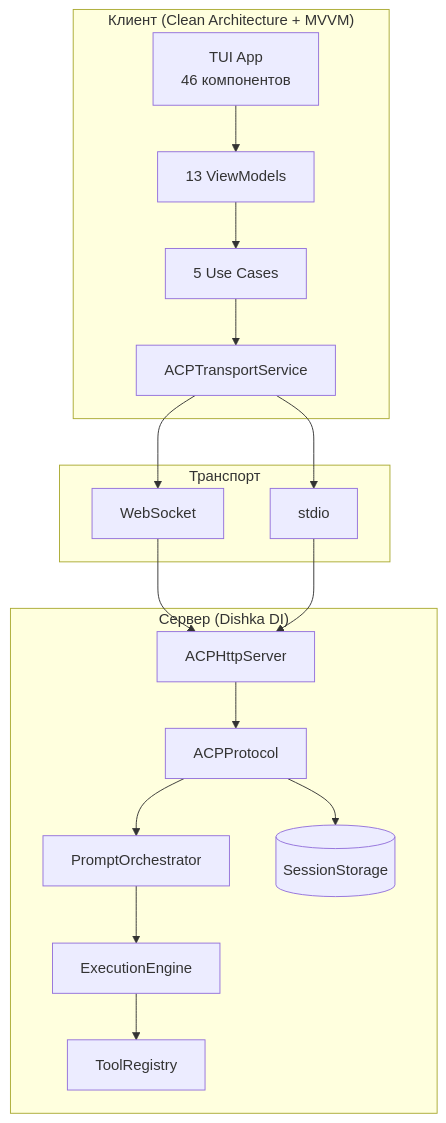
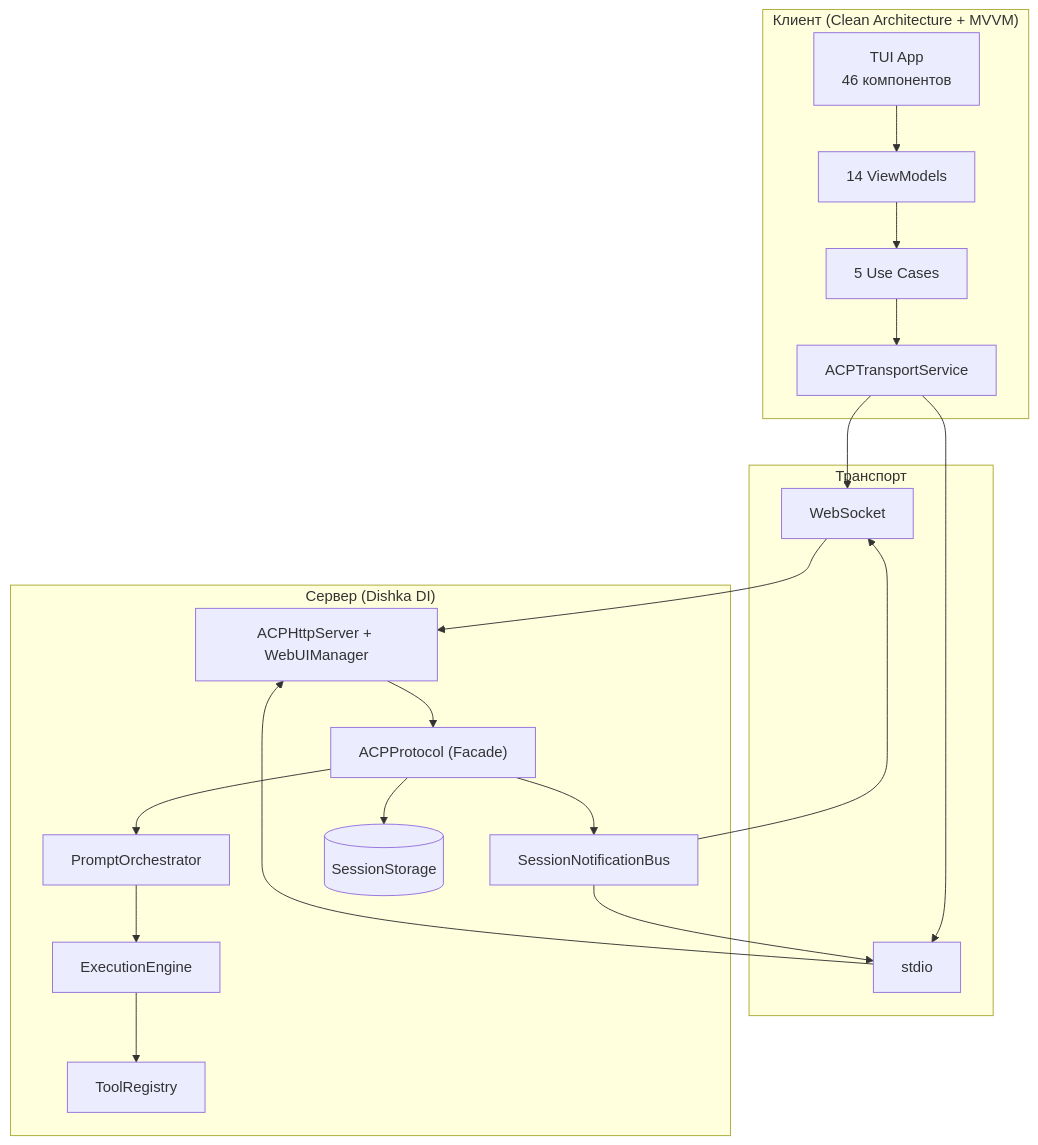
One commit to pese-git/codelab-agent changed the first of 6 diagrams in doc/product/developer-guide/architecture.md. Above: the diagram before and after it, drawn with Mermaid. The commit also changed other lines of this file and 7 other files, not shown here.

````diff
--- a/doc/product/developer-guide/architecture.md
+++ b/doc/product/developer-guide/architecture.md
@@ -9,29 +9,32 @@
 ```mermaid
 graph TB
     subgraph Client["Клиент (Clean Architecture + MVVM)"]
         TUI["TUI App<br/>46 компонентов"]
-        VM[13 ViewModels]
+        VM[14 ViewModels]
         UC[5 Use Cases]
         TS[ACPTransportService]
     end
     
     subgraph Transport["Транспорт"]
         WS[WebSocket]
         STDIO[stdio]
     end
     
     subgraph Server["Сервер (Dishka DI)"]
-        HTTP[ACPHttpServer]
-        AP[ACPProtocol]
+        HTTP[ACPHttpServer + WebUIManager]
+        AP["ACPProtocol (Facade)"]
+        NotifBus[SessionNotificationBus]
         PO[PromptOrchestrator]
         EE[ExecutionEngine]
         TR[ToolRegistry]
         Storage[(SessionStorage)]
     end
     
     TUI --> VM --> UC --> TS
     TS --> WS & STDIO
-    WS & STDIO --> HTTP --> AP --> PO
-    PO --> EE --> TR
+    WS & STDIO --> HTTP --> AP
+    AP --> NotifBus
+    NotifBus --> WS & STDIO
+    AP --> PO --> EE --> TR
     AP --> Storage
 ```
````
